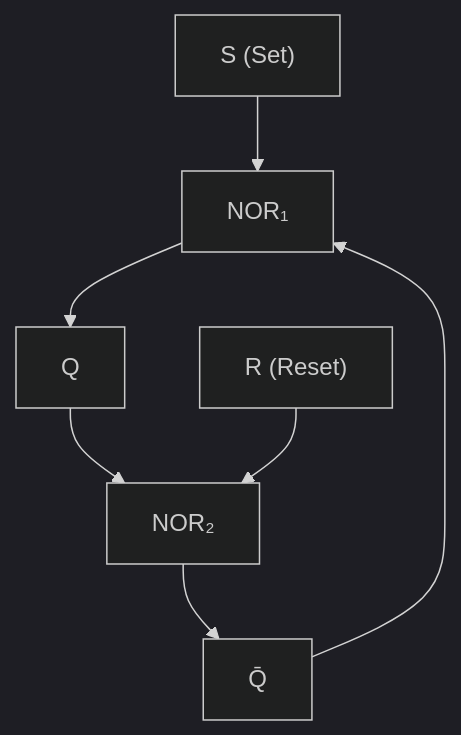
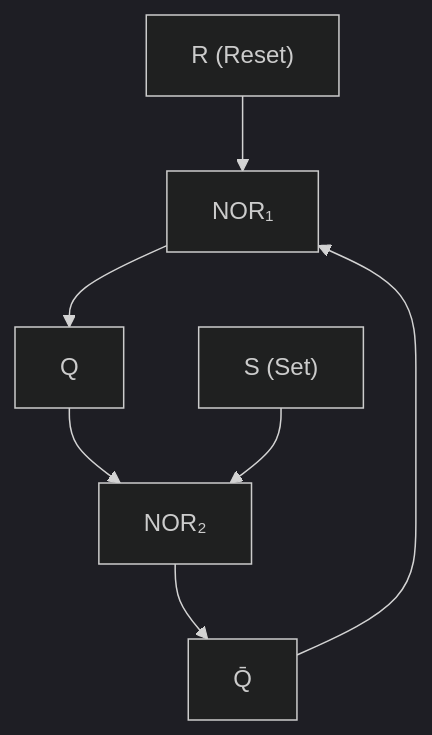
One commit to JerryPhoenixCKY/circuit_notes changed the first of 3 diagrams in circuitry/Sequential Logic.md. Above: the diagram before and after it, drawn with Mermaid (dark theme). The commit also changed other lines of this file and 36 other files, not shown here.

````diff
--- a/circuitry/Sequential Logic.md
+++ b/circuitry/Sequential Logic.md
@@ -73,9 +72,9 @@
 ```mermaid
 graph TD
-    S["S (Set)"] --> NOR1["NOR₁"]
+    R["R (Reset)"] --> NOR1["NOR₁"]
     NOR1["NOR₁"] --> Q["Q"]
     Q --> NOR2["NOR₂"]
     NOR2["NOR₂"] --> Qbar["Q̄"]
     Qbar --> NOR1
-    R["R (Reset)"] --> NOR2
+    S["S (Set)"] --> NOR2
 ```
````
